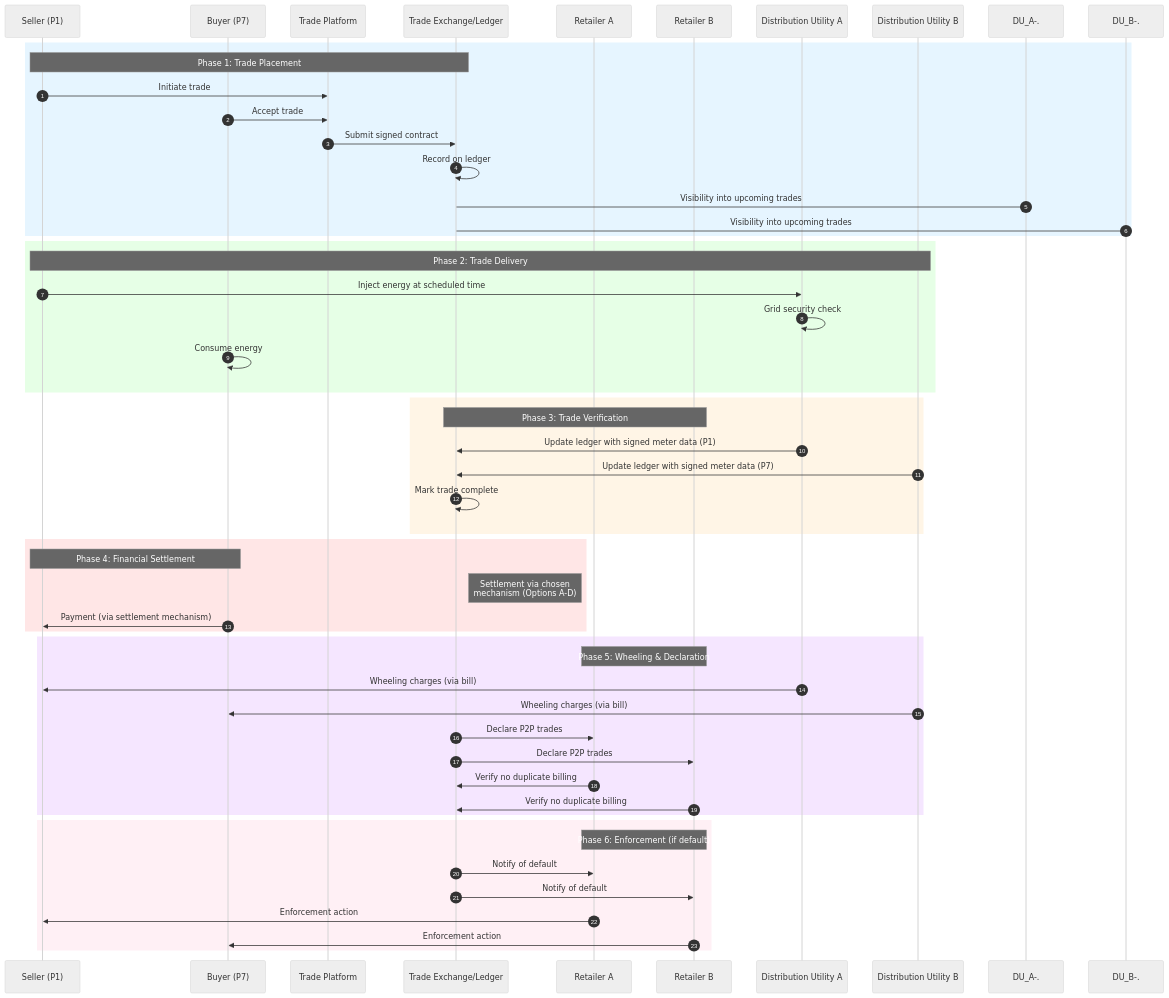
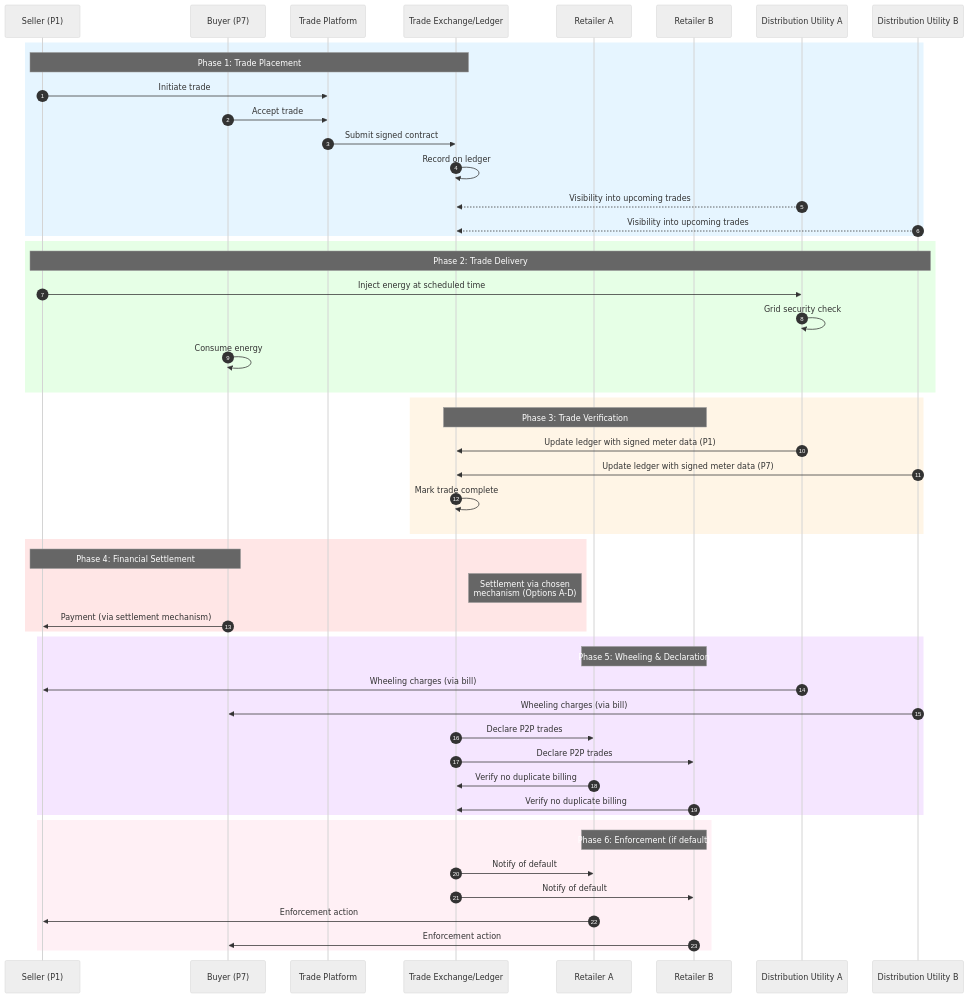
One commit to Beckn-One/DEG changed the first of 12 diagrams in docs/implementation-guides/v2/P2P_Trading/Inter_energy_retailer_P2P_trading_draft.md. Above: the diagram before and after it, drawn with Mermaid (neutral theme). The commit also changed other lines of this file, not shown here.

Commit message:
make visbility arrows dotted (optional)

````diff
--- a/docs/implementation-guides/v2/P2P_Trading/Inter_energy_retailer_P2P_trading_draft.md
+++ b/docs/implementation-guides/v2/P2P_Trading/Inter_energy_retailer_P2P_trading_draft.md
@@ -53,60 +53,60 @@
 ```mermaid
 sequenceDiagram
     autonumber
     participant S as Seller (P1)
     participant B as Buyer (P7)
     participant TP as Trade Platform
     participant TE as Trade Exchange/Ledger
     participant RA as Retailer A
     participant RB as Retailer B
     participant DU_A as Distribution Utility A
     participant DU_B as Distribution Utility B
 
     rect rgb(230, 245, 255)
     note over S,TE: Phase 1: Trade Placement
     S->>TP: Initiate trade
     B->>TP: Accept trade
     TP->>TE: Submit signed contract
     TE->>TE: Record on ledger
-    DU_A-.->TE: Visibility into upcoming trades
-    DU_B-.->TE: Visibility into upcoming trades
+    DU_A-->>TE: Visibility into upcoming trades
+    DU_B-->>TE: Visibility into upcoming trades
     end
 
     rect rgb(230, 255, 230)
     note over S,DU_B: Phase 2: Trade Delivery
     S->>DU_A: Inject energy at scheduled time
     DU_A->>DU_A: Grid security check
     B->>B: Consume energy
     end
 
     rect rgb(255, 245, 230)
     note over TE,RB: Phase 3: Trade Verification
     DU_A->>TE: Update ledger with signed meter data (P1)
     DU_B->>TE: Update ledger with signed meter data (P7)
     TE->>TE: Mark trade complete
     end
 
     rect rgb(255, 230, 230)
     note over S,B: Phase 4: Financial Settlement
     Note right of TE: Settlement via chosen<br/>mechanism (Options A-D)
     B->>S: Payment (via settlement mechanism)
     end
 
     rect rgb(245, 230, 255)
     note over RA,RB: Phase 5: Wheeling & Declaration
     DU_A->>S: Wheeling charges (via bill)
     DU_B->>B: Wheeling charges (via bill)
     TE->>RA: Declare P2P trades
     TE->>RB: Declare P2P trades
     RA->>TE: Verify no duplicate billing
     RB->>TE: Verify no duplicate billing
     end
 
     rect rgb(255, 240, 245)
     note over RA,RB: Phase 6: Enforcement (if default)
     TE->>RA: Notify of default
     TE->>RB: Notify of default
     RA->>S: Enforcement action
     RB->>B: Enforcement action
     end
 ```
````
